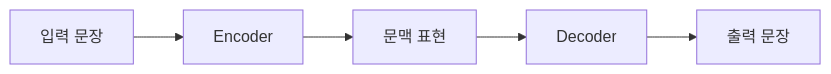
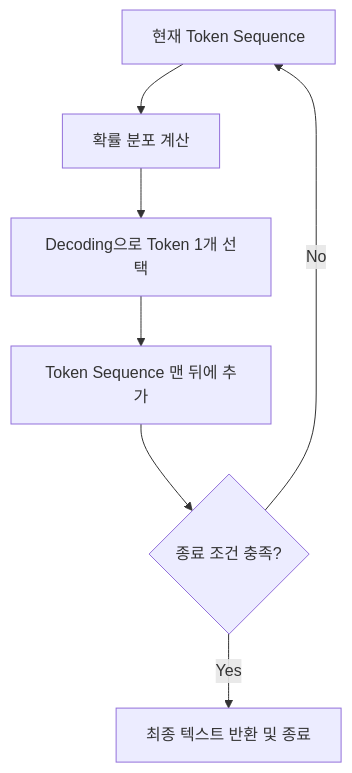
One commit to jwsung91/jwsung91.github.io changed the fourth of 4 diagrams in src/content/blog/2026-07-02-llm-encoder-only와-decoder-only-구조-이해하기.md. Above: the diagram before and after it, drawn with Mermaid. The commit also changed other lines of this file, not shown here.

Commit message:
Update Blog “2026-07-02-llm-encoder-only와-decoder-only-구조-이해하기”

````diff
--- a/src/content/blog/2026-07-02-llm-encoder-only와-decoder-only-구조-이해하기.md
+++ b/src/content/blog/2026-07-02-llm-encoder-only와-decoder-only-구조-이해하기.md
@@ -312,7 +329,10 @@
 ```mermaid
-flowchart LR
-    A[입력 문장] --> B[Encoder]
-    B --> C[문맥 표현]
-    C --> D[Decoder]
-    D --> E[출력 문장]
+flowchart TD
+    A[현재 Token Sequence] --> B[확률 분포 계산]
+    B --> C[Decoding으로 Token 1개 선택]
+    C --> D[Token Sequence 맨 뒤에 추가]
+    D --> E{종료 조건 충족?}
+    E -->|No| A
+    E -->|Yes| F[최종 텍스트 반환 및 종료]
+
 ```
````
